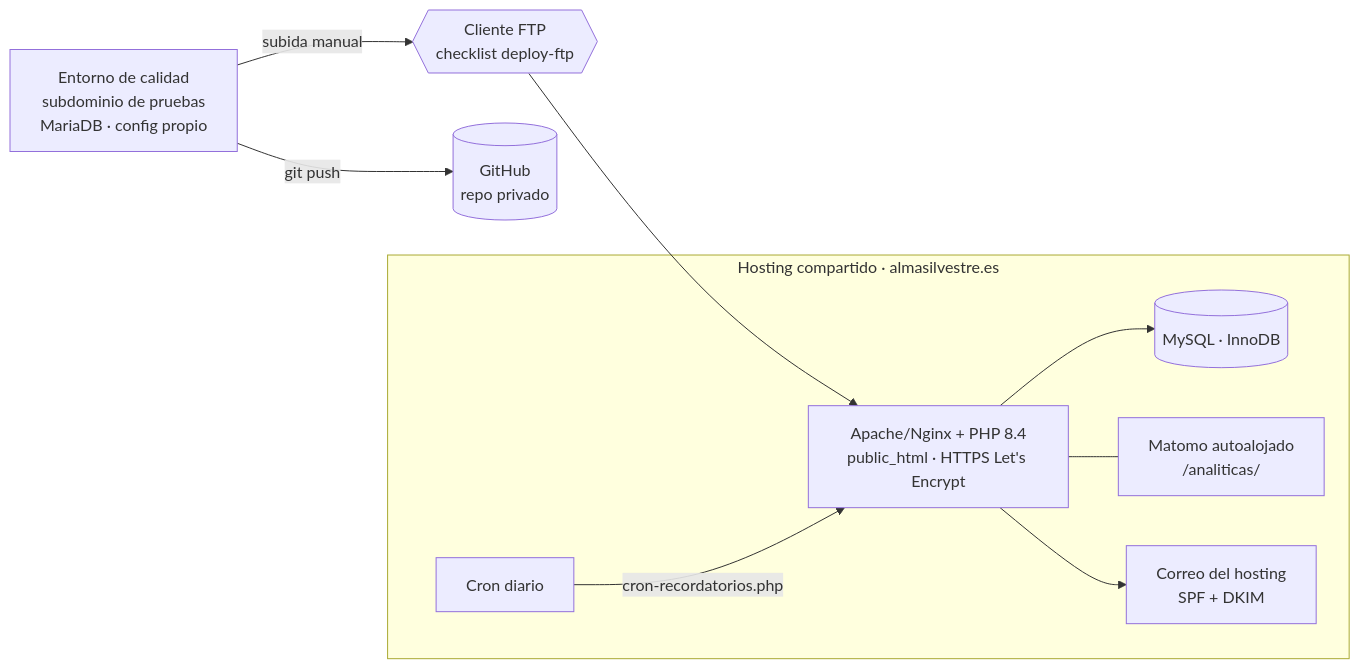
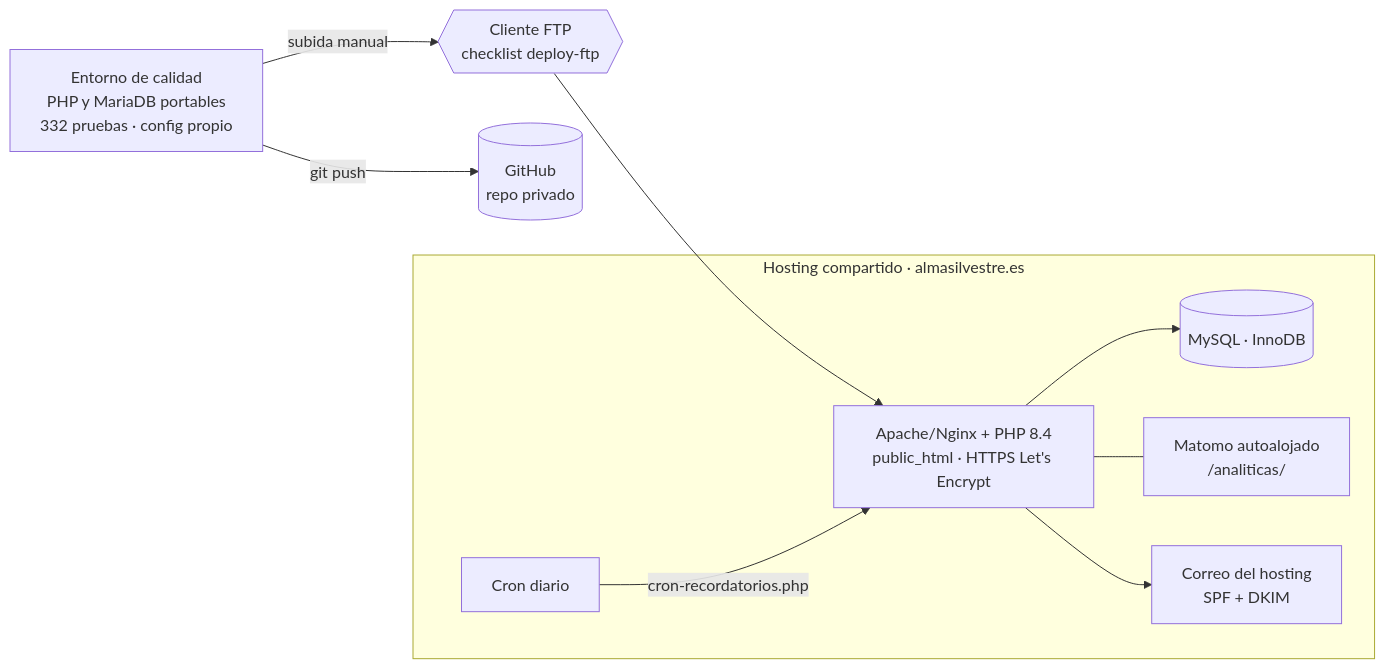
Before and after one commit to emiliofdz1/AI4Devs-finalproject: the second of 3 diagrams in readme.md, drawn with Mermaid. The commit also changed other lines of this file and 1 other file, not shown here.

First line of the commit message:
docs: la suite de pruebas ya existe; 2.6 pasa a reflejar el estado real

````diff
--- a/readme.md
+++ b/readme.md
@@ -398,22 +398,22 @@
 ```mermaid
 flowchart LR
-    DEV["Entorno de calidad<br/>subdominio de pruebas<br/>MariaDB · config propio"]
+    DEV["Entorno de calidad<br/>PHP y MariaDB portables<br/>332 pruebas · config propio"]
     GIT[("GitHub<br/>repo privado")]
     FTP{{"Cliente FTP<br/>checklist deploy-ftp"}}
 
     subgraph HOST["Hosting compartido · almasilvestre.es"]
         WEB["Apache/Nginx + PHP 8.4<br/>public_html · HTTPS Let's Encrypt"]
         MY[("MySQL · InnoDB")]
         MAT["Matomo autoalojado<br/>/analiticas/"]
         CR["Cron diario"]
         MX["Correo del hosting<br/>SPF + DKIM"]
     end
 
     DEV -->|git push| GIT
     DEV -->|subida manual| FTP
     FTP --> WEB
     WEB --> MY
     WEB --> MX
     WEB --- MAT
     CR -->|cron-recordatorios.php| WEB
 ```
````
